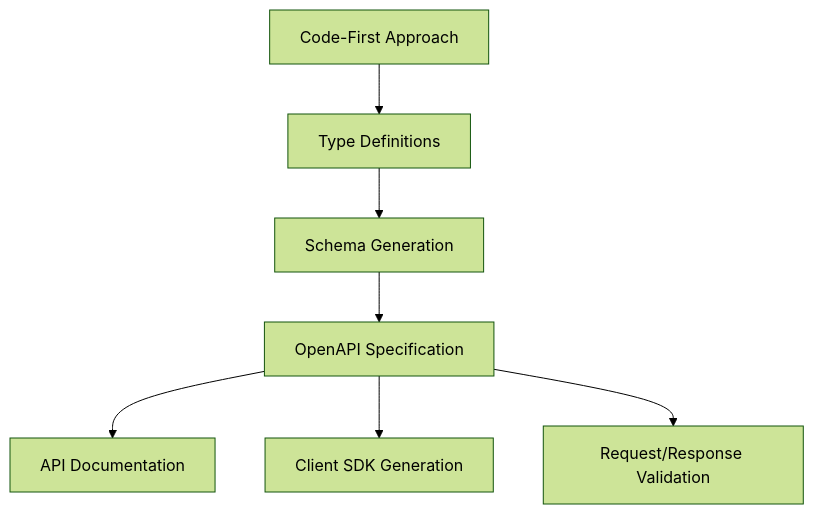
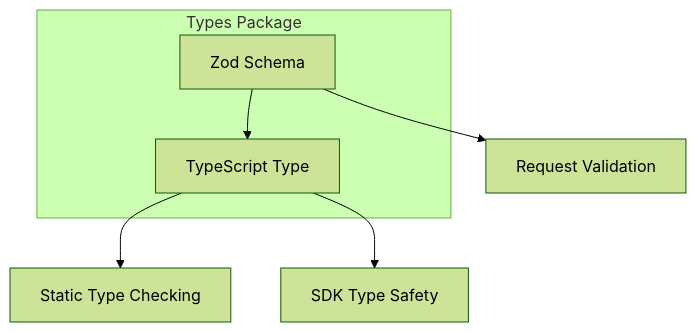
The third of 5 diagrams in memory-bank/systemPatterns.md (open-crosspost/open-crosspost-proxy-service), drawn with Mermaid (forest theme) before and after one commit. The commit also changed other lines of this file and 156 other files, not shown here.

First line of the commit message:
Adds tests, fixes flows, adds deploys, moves near-sign-verify (#1)

````diff
--- a/memory-bank/systemPatterns.md
+++ b/memory-bank/systemPatterns.md
@@ -346,10 +95,12 @@
 ```mermaid
 flowchart TD
-    CodeFirst[Code-First Approach] --> TypeDefinitions[Type Definitions]
-    TypeDefinitions --> SchemaGeneration[Schema Generation]
-    SchemaGeneration --> OpenAPISpec[OpenAPI Specification]
+    Schema[Zod Schema] --> DerivedType[TypeScript Type]
+    Schema --> Validation[Request Validation]
+    DerivedType --> TypeChecking[Static Type Checking]
+    DerivedType --> SDK[SDK Type Safety]
     
-    OpenAPISpec --> Documentation[API Documentation]
-    OpenAPISpec --> ClientGeneration[Client SDK Generation]
-    OpenAPISpec --> Validation[Request/Response Validation]
+    subgraph "Types Package"
+        Schema
+        DerivedType
+    end
 ```
````
